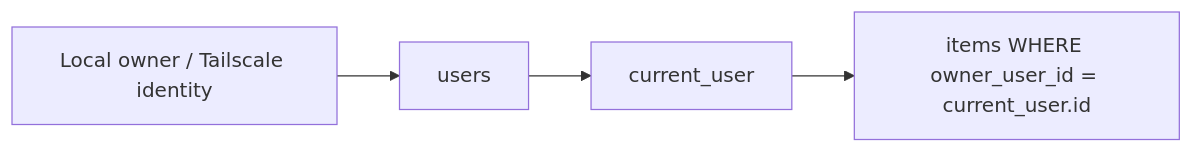
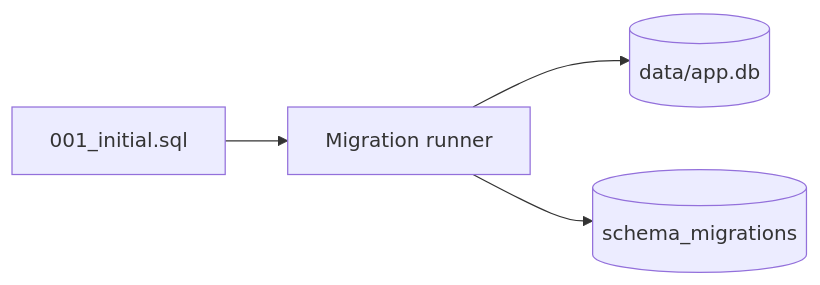
The third of 5 diagrams in GETTING-STARTED.md (k-systems202208/python-sqlite-tailscale-webapp-template), drawn with Mermaid before and after one commit. The commit also changed other lines of this file and 42 other files, not shown here.

````diff
--- a/GETTING-STARTED.md
+++ b/GETTING-STARTED.md
@@ -204,6 +186,6 @@
 ```mermaid
 flowchart LR
-    I["Local owner / Tailscale identity"] --> U["users"]
-    U --> R["current_user"]
-    R --> Q["items WHERE owner_user_id = current_user.id"]
+    A["001_initial.sql"] --> R["Migration runner"]
+    R --> D[("data/app.db")]
+    R --> M[("schema_migrations")]
 ```
````
